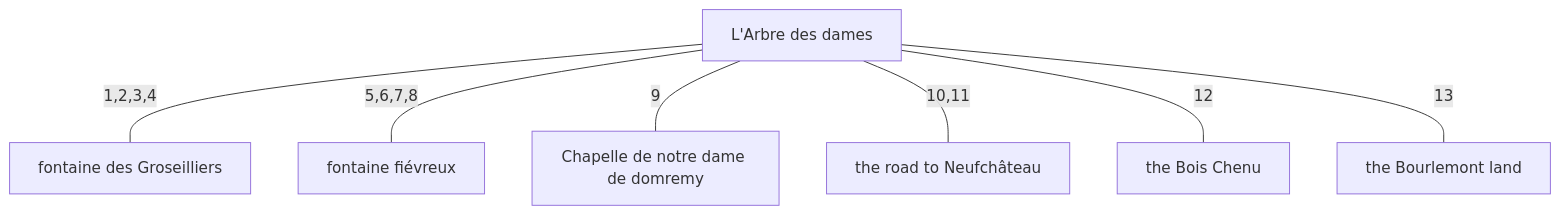
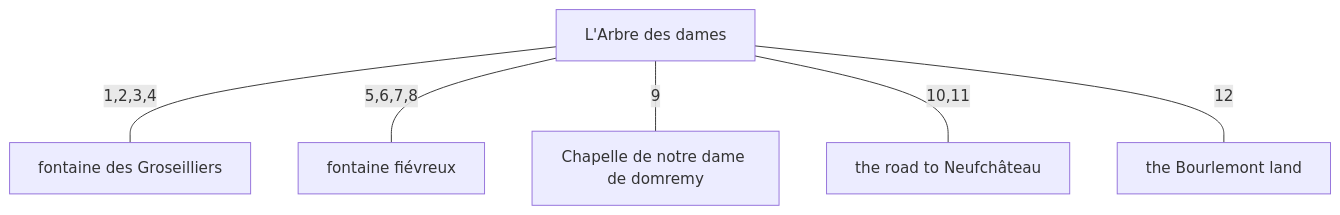
Before and after one commit to kitty-catt/the-location-of-the-arbre-des-dames-and-the-spring-of-joan-of-arc: the diagram in breakout/combined.md, drawn with Mermaid. The commit also changed other lines of this file and 1 other file, not shown here.

Commit message:
tidy the diagram

````diff
--- a/breakout/combined.md
+++ b/breakout/combined.md
@@ -21,17 +26,15 @@
 ```mermaid
 graph TD
     N1["L'Arbre des dames"]
     N2["Chapelle de notre dame de domremy"]
     N5["fontaine fiévreux"]
     N6["fontaine des Groseilliers"]
     N7["the road to Neufchâteau"]
-    N11["the Bois Chenu"]
     N15["the Bourlemont land"]
 
     N1 -- "1,2,3,4" --- N6
     N1 -- "5,6,7,8" --- N5
     N1 -- "9" --- N2
     N1 -- "10,11" --- N7
-    N1 -- "12" --- N11
-    N1 -- "13" --- N15
+    N1 -- "12" --- N15
 ```
````
